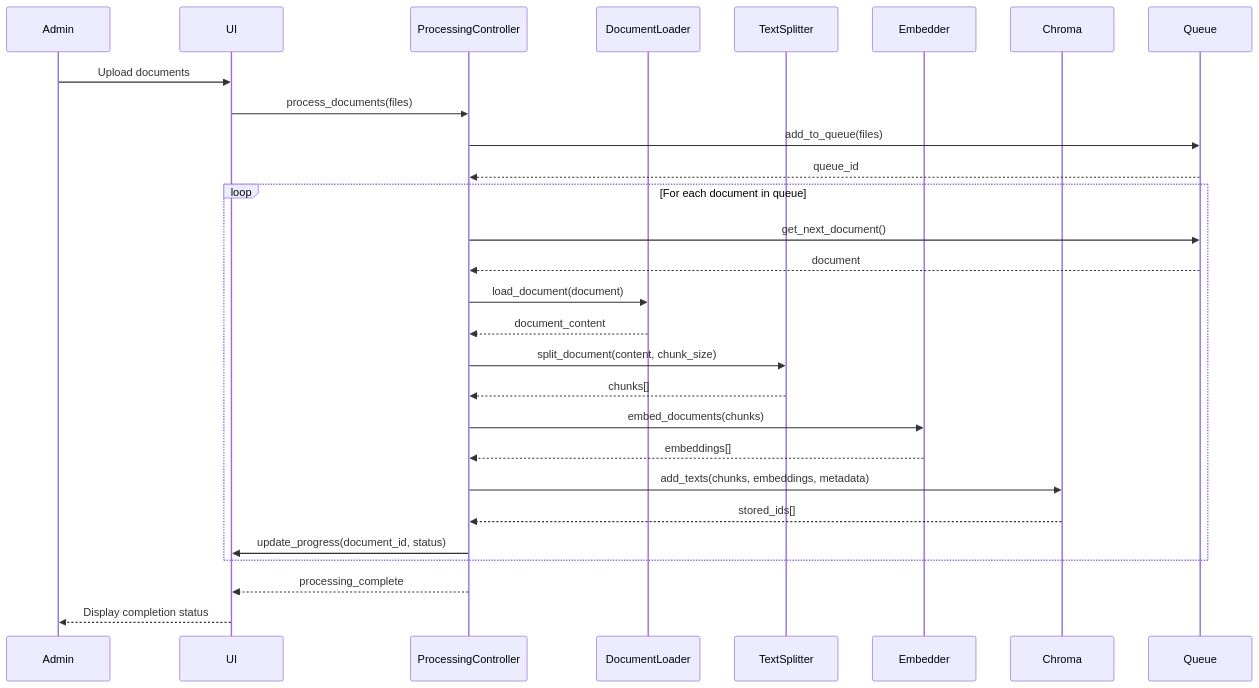
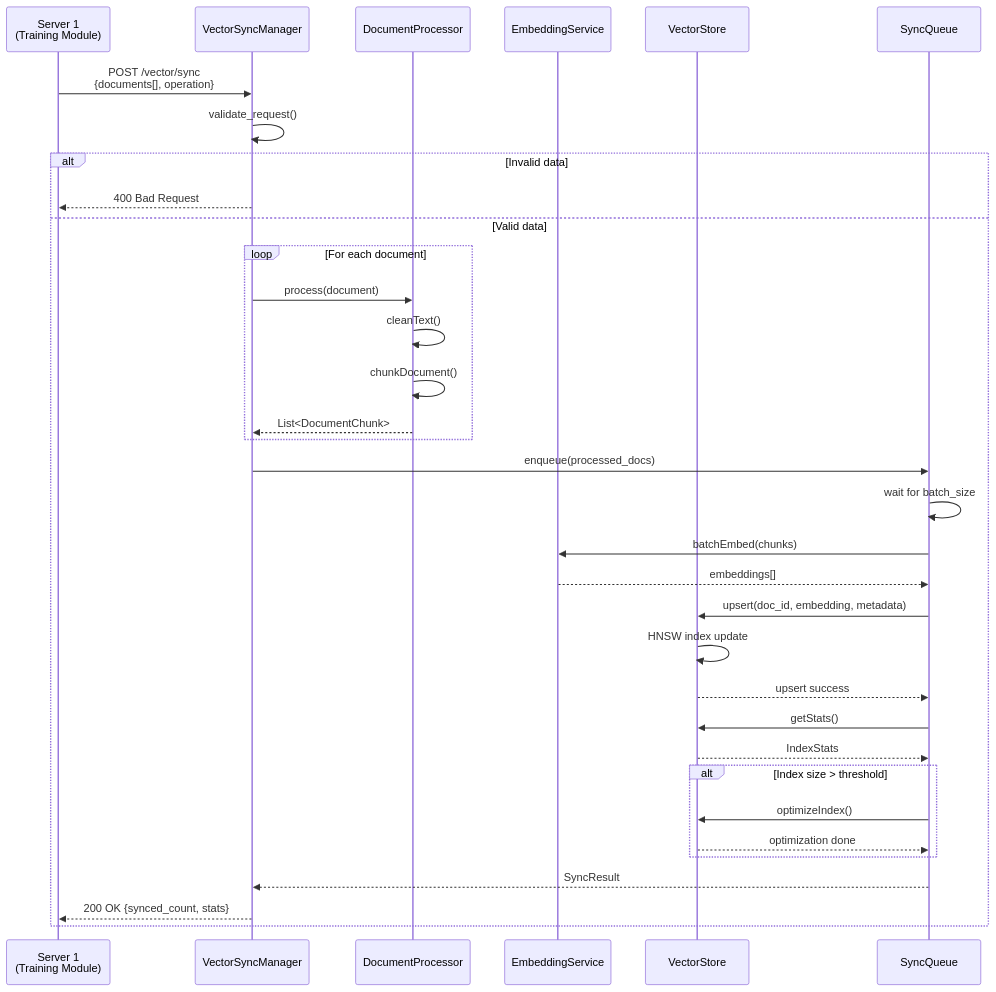
One commit to tvanle/Module2-HTTM changed the seventh of 13 diagrams in README.md. Above: the diagram before and after it, drawn with Mermaid. The commit also changed other lines of this file, not shown here.

````diff
--- a/README.md
+++ b/README.md
@@ -499,39 +608,44 @@
 ```mermaid
 sequenceDiagram
-    participant Admin
-    participant UI
-    participant ProcessingController
-    participant DocumentLoader
-    participant TextSplitter
-    participant Embedder
-    participant VectorStore as Chroma
-    participant Queue
+    participant S1 as Server 1<br/>(Training Module)
+    participant API as VectorSyncManager
+    participant DP as DocumentProcessor
+    participant Embed as EmbeddingService
+    participant VDB as VectorStore
+    participant Queue as SyncQueue
 
-    Admin->>UI: Upload documents
-    UI->>ProcessingController: process_documents(files)
+    S1->>API: POST /vector/sync<br/>{documents[], operation}
 
-    ProcessingController->>Queue: add_to_queue(files)
-    Queue-->>ProcessingController: queue_id
+    API->>API: validate_request()
+    alt Invalid data
+        API-->>S1: 400 Bad Request
+    else Valid data
+        loop For each document
+            API->>DP: process(document)
+            DP->>DP: cleanText()
+            DP->>DP: chunkDocument()
+            DP-->>API: List<DocumentChunk>
+        end
 
-    loop For each document in queue
-        ProcessingController->>Queue: get_next_document()
-        Queue-->>ProcessingController: document
+        API->>Queue: enqueue(processed_docs)
+        Queue->>Queue: wait for batch_size
 
-        ProcessingController->>DocumentLoader: load_document(document)
-        DocumentLoader-->>ProcessingController: document_content
+        Queue->>Embed: batchEmbed(chunks)
+        Embed-->>Queue: embeddings[]
 
-        ProcessingController->>TextSplitter: split_document(content, chunk_size)
-        TextSplitter-->>ProcessingController: chunks[]
+        Queue->>VDB: upsert(doc_id, embedding, metadata)
+        VDB->>VDB: HNSW index update
+        VDB-->>Queue: upsert success
 
-        ProcessingController->>Embedder: embed_documents(chunks)
-        Embedder-->>ProcessingController: embeddings[]
+        Queue->>VDB: getStats()
+        VDB-->>Queue: IndexStats
 
-        ProcessingController->>VectorStore: add_texts(chunks, embeddings, metadata)
-        VectorStore-->>ProcessingController: stored_ids[]
+        alt Index size > threshold
+            Queue->>VDB: optimizeIndex()
+            VDB-->>Queue: optimization done
+        end
 
-        ProcessingController->>UI: update_progress(document_id, status)
+        Queue-->>API: SyncResult
+        API-->>S1: 200 OK {synced_count, stats}
     end
-
-    ProcessingController-->>UI: processing_complete
-    UI-->>Admin: Display completion status
 ```
````
